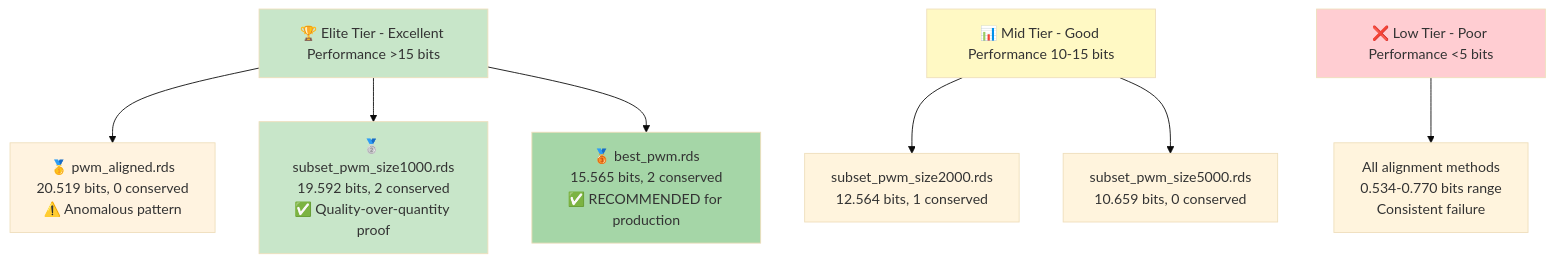
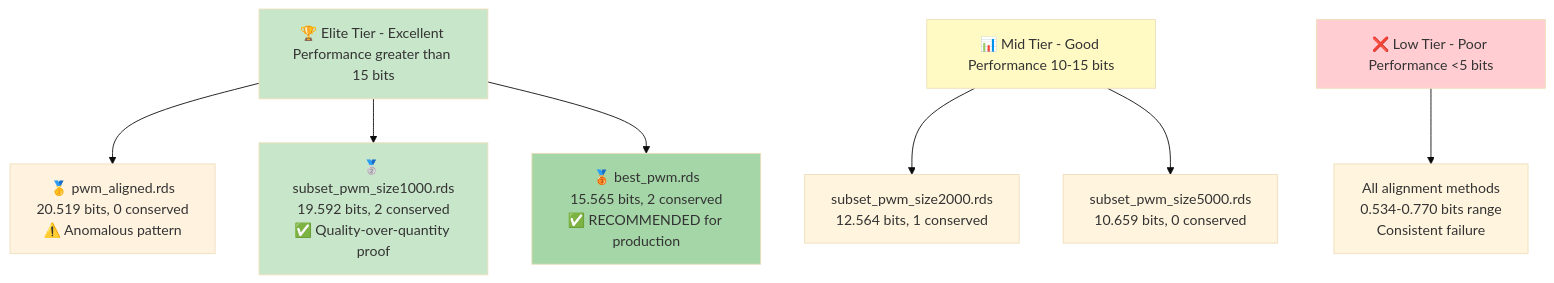
One commit to iiyyll01lin/ctcf-predictor changed diagram 23 of 27 in slides/ctcf_pwm_presentation.md. Above: the diagram before and after it, drawn with Mermaid (base theme). The commit also changed other lines of this file, not shown here.

Commit message:
[slides] correct mermaid sytax error

````diff
--- a/slides/ctcf_pwm_presentation.md
+++ b/slides/ctcf_pwm_presentation.md
@@ -735,18 +739,18 @@
 ```mermaid
 graph TD
-    A[🏆 Elite Tier - Excellent Performance >15 bits] --> B[🥇 pwm_aligned.rds<br/>20.519 bits, 0 conserved<br/>⚠️ Anomalous pattern]
+    A[🏆 Elite Tier - Excellent Performance greater than 15 bits] --> B[🥇 pwm_aligned.rds<br/>20.519 bits, 0 conserved<br/>⚠️ Anomalous pattern]
     A --> C[🥈 subset_pwm_size1000.rds<br/>19.592 bits, 2 conserved<br/>✅ Quality-over-quantity proof]
     A --> D[🥉 best_pwm.rds<br/>15.565 bits, 2 conserved<br/>✅ RECOMMENDED for production]
     
     E[📊 Mid Tier - Good Performance 10-15 bits] --> F[subset_pwm_size2000.rds<br/>12.564 bits, 1 conserved]
     E --> G[subset_pwm_size5000.rds<br/>10.659 bits, 0 conserved]
     
     H[❌ Low Tier - Poor Performance <5 bits] --> I[All alignment methods<br/>0.534-0.770 bits range<br/>Consistent failure]
     
     style A fill:#c8e6c9
     style B fill:#fff3e0
     style C fill:#c8e6c9
     style D fill:#a5d6a7
     style E fill:#fff9c4
     style H fill:#ffcdd2
 ```
````
